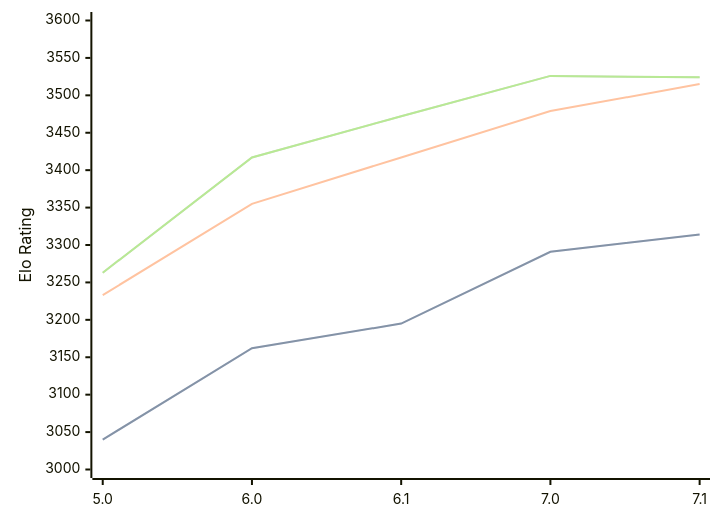
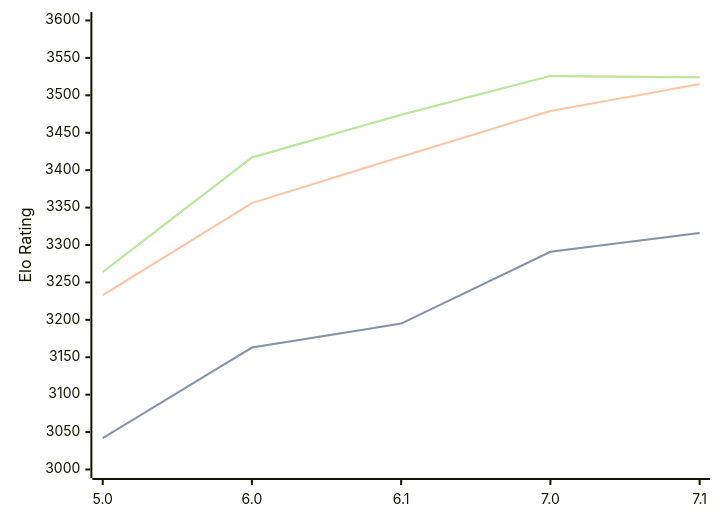
Before and after one commit to computer-chess-index/cci: the diagram in engines/PZChessBot.md, drawn with Mermaid. The commit also changed other lines of this file, not shown here.

Commit message:
Update CCI Ratings (ELO VLTC) - 2026-08-21

````diff
--- a/engines/PZChessBot.md
+++ b/engines/PZChessBot.md
@@ -35,11 +35,11 @@
 ```mermaid
 %%{init: {"theme":"base","themeVariables":{"seriesColors:['#a3a3a3','#222221','#faa371']}}}%%
 xychart-beta
   x-axis ["5.0", "6.0", "6.1", "7.0", "7.1"]
   y-axis "Elo Rating" 3000 --> 3600
-  line "STC (8.0+0.08s)" [3040, 3162, 3195, 3291, 3314]
-  line "STC (8.0+0.08s)" [3040, 3162, 3195, 3291, 3314]
-  line "LTC (60.0+0.60s)" [3233, 3355, 3417, 3479, 3515]
-  line "VLTC (2m24s+1.12s)" [3263, 3417, 3472, 3526, 3524]
-  line "VLTC (2m24s+1.12s)" [3263, 3417, 3472, 3526, 3524]
+  line "STC (8.0+0.08s)" [3042, 3163, 3195, 3291, 3316]
+  line "STC (8.0+0.08s)" [3042, 3163, 3195, 3291, 3316]
+  line "LTC (60.0+0.60s)" [3233, 3356, 3418, 3479, 3515]
+  line "VLTC (2m24s+1.12s)" [3264, 3417, 3474, 3526, 3524]
+  line "VLTC (2m24s+1.12s)" [3264, 3417, 3474, 3526, 3524]
 ```
````
